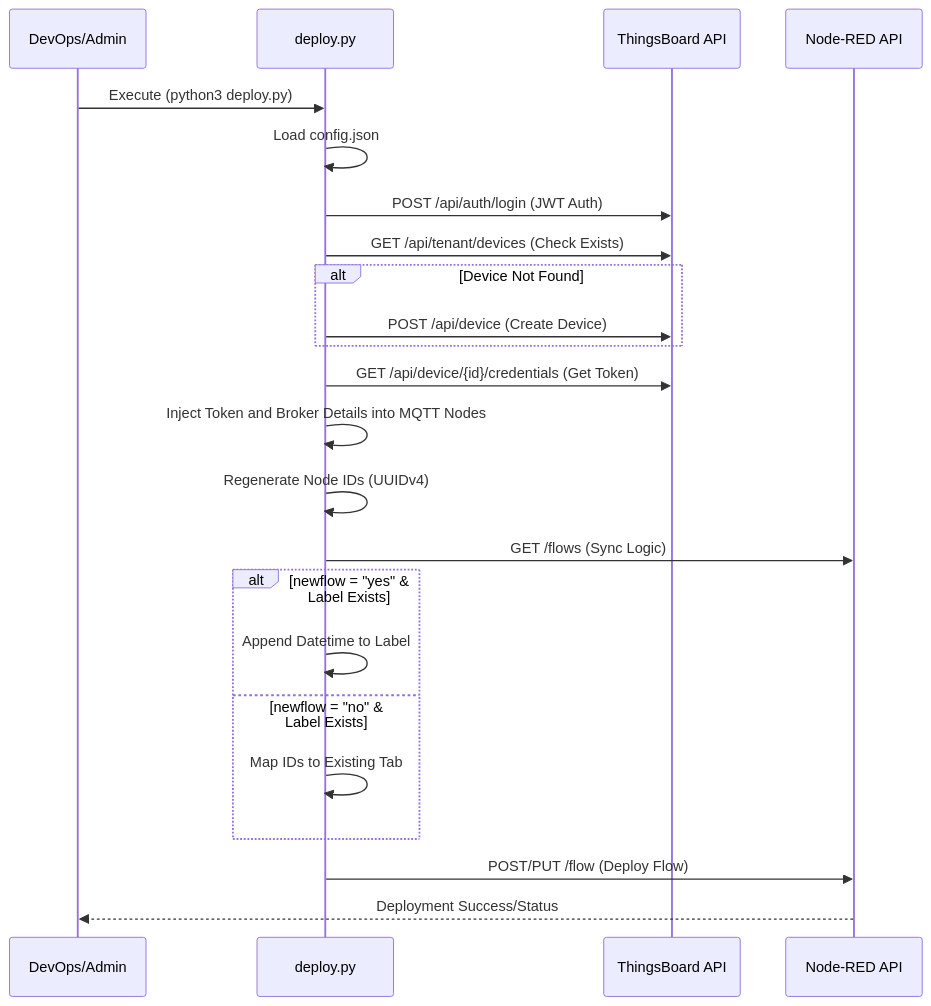
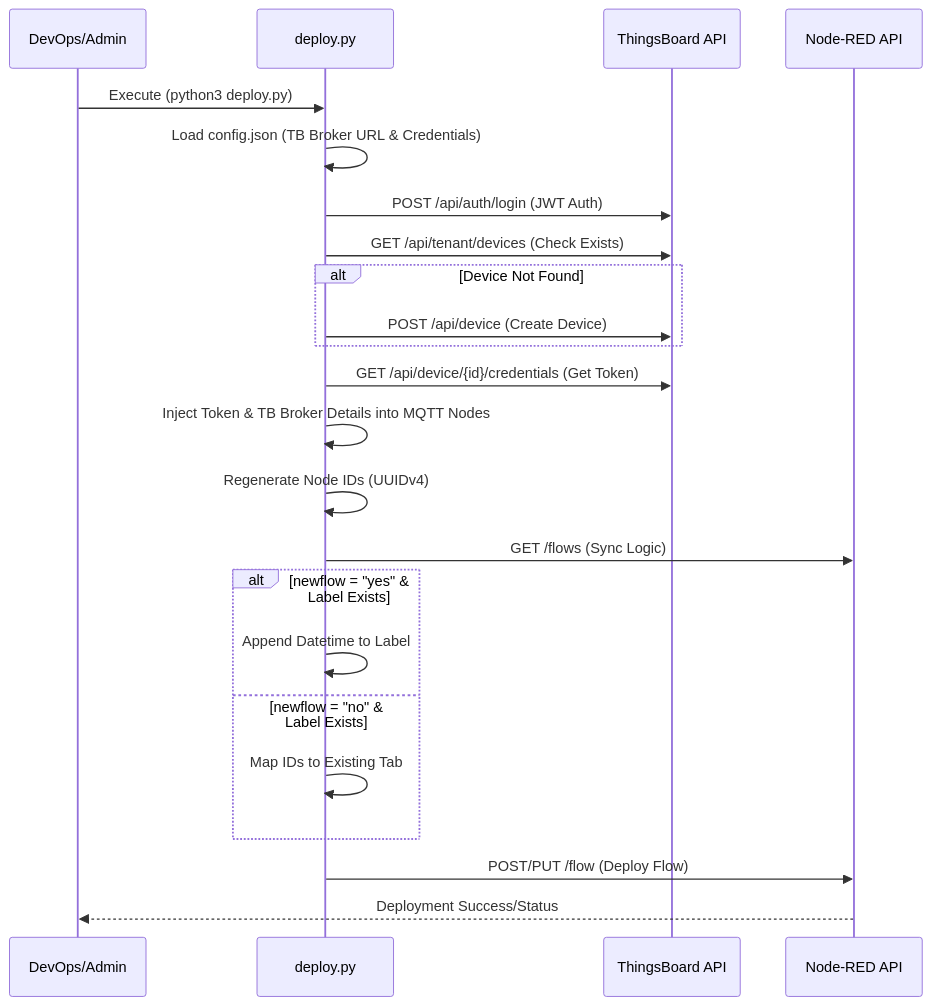
One commit to PiltiSmart/Pilti_Flows changed the first of 8 diagrams in README.md. Above: the diagram before and after it, drawn with Mermaid.

Commit message:
Update README flowchart to include TB Broker URL

````diff
--- a/README.md
+++ b/README.md
@@ -28,26 +28,26 @@
 ```mermaid
 sequenceDiagram
     participant Admin as DevOps/Admin
     participant Script as deploy.py
     participant TB as ThingsBoard API
     participant NR as Node-RED API
 
     Admin->>Script: Execute (python3 deploy.py)
-    Script->>Script: Load config.json
+    Script->>Script: Load config.json (TB Broker URL & Credentials)
     Script->>TB: POST /api/auth/login (JWT Auth)
     Script->>TB: GET /api/tenant/devices (Check Exists)
     ALT Device Not Found
         Script->>TB: POST /api/device (Create Device)
     END
     Script->>TB: GET /api/device/{id}/credentials (Get Token)
-    Script->>Script: Inject Token and Broker Details into MQTT Nodes
+    Script->>Script: Inject Token & TB Broker Details into MQTT Nodes
     Script->>Script: Regenerate Node IDs (UUIDv4)
     Script->>NR: GET /flows (Sync Logic)
     ALT newflow = "yes" & Label Exists
         Script->>Script: Append Datetime to Label
     ELSE newflow = "no" & Label Exists
         Script->>Script: Map IDs to Existing Tab
     END
     Script->>NR: POST/PUT /flow (Deploy Flow)
     NR-->>Admin: Deployment Success/Status
 ```
````
